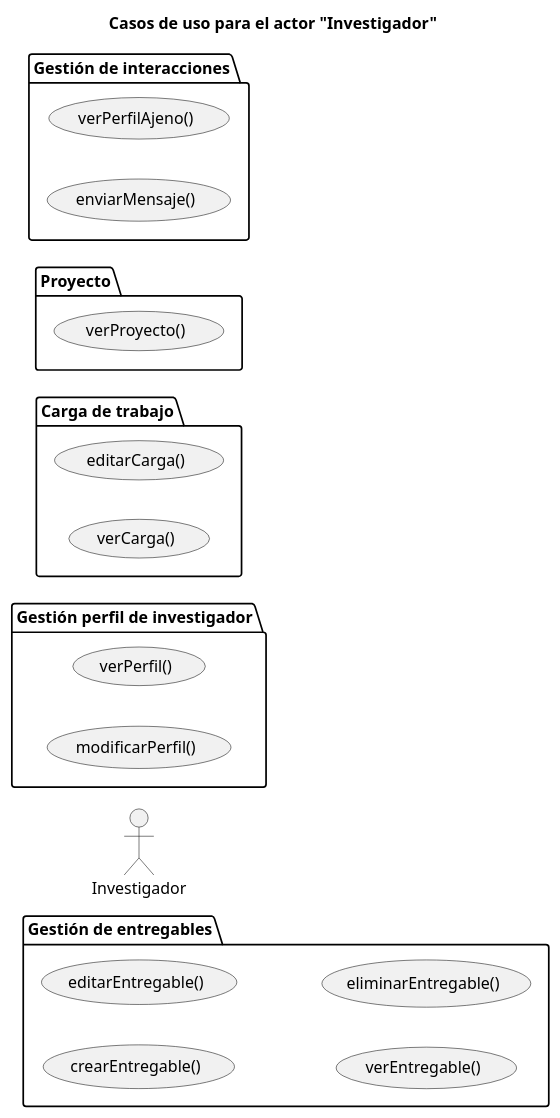
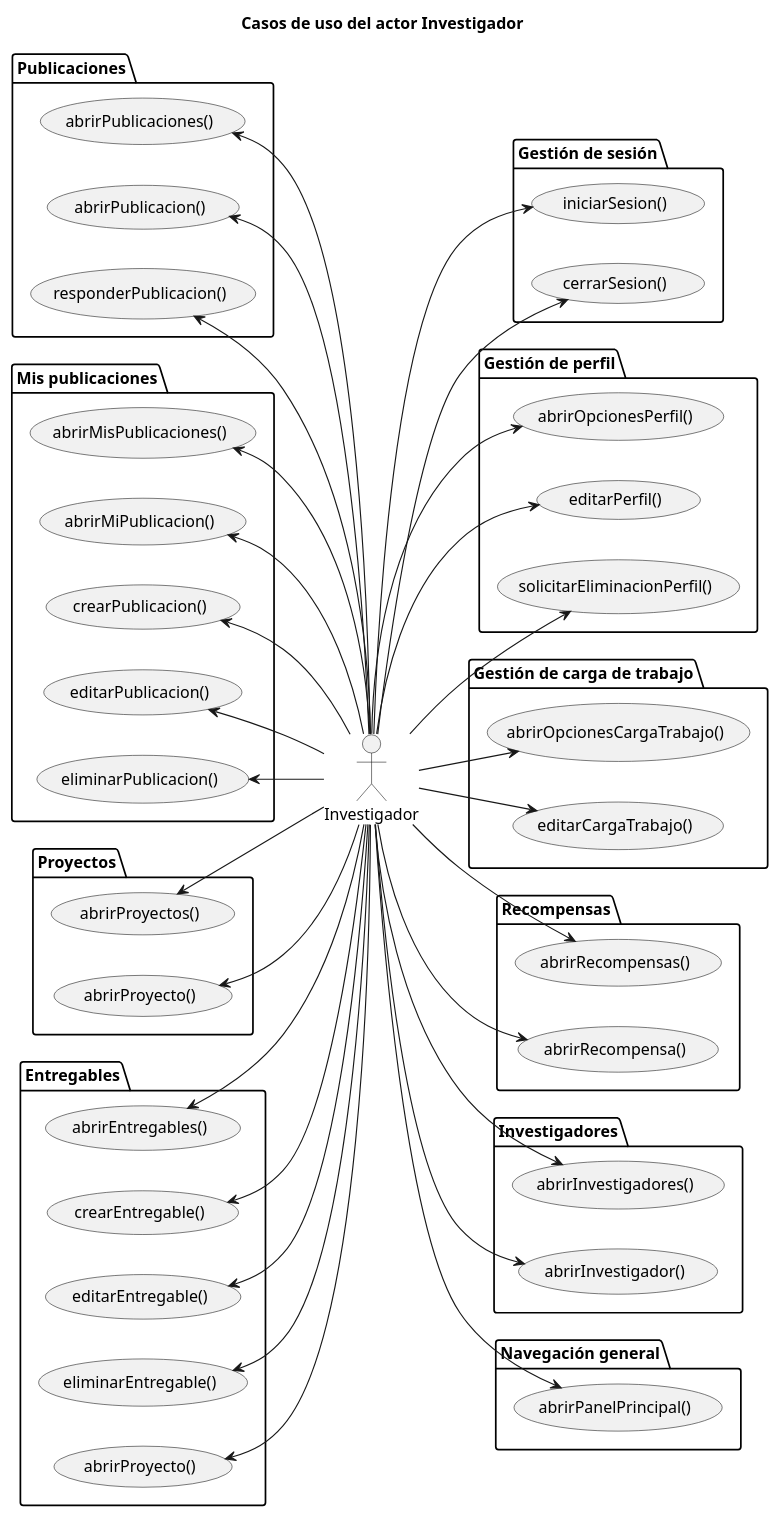
Before and after one commit to 31Diego/25-26-IdSw1-SdR: the diagram in documentación/CasosDeUso/Diagramas/CDUInvestigador.puml, drawn with PlantUML. The commit also changed 4 other files, not shown here.

Commit message:
correccion error diagrama contexto coordinador

```diff
--- a/documentación/CasosDeUso/Diagramas/CDUInvestigador.puml
+++ b/documentación/CasosDeUso/Diagramas/CDUInvestigador.puml
@@ -1,43 +1,104 @@
-@startuml
+@startuml CDUInvestigador
 
-title Casos de uso para el actor "Investigador"
-
+title Casos de uso del actor Investigador
 left to right direction
 
 actor "Investigador" as investigador
 
-package "Gestión perfil de investigador" {
-    usecase verPerfil as "verPerfil()"
-    usecase modificarPerfil as "modificarPerfil()"
+package "Gestión de sesión" {
+    usecase UC_IniciarSesion as "iniciarSesion()"
+    usecase UC_CerrarSesion as "cerrarSesion()"
 }
 
-package "Gestión de entregables" {
-    usecase crearEntregable as "crearEntregable()"
-    usecase editarEntregable as "editarEntregable()"
-    usecase verEntregable as "verEntregable()"
-    usecase eliminarEntregable as "eliminarEntregable()"
+package "Gestión de perfil" {
+    usecase UC_AbrirOpcionesPerfil as "abrirOpcionesPerfil()"
+    usecase UC_EditarPerfil as "editarPerfil()"
+    usecase UC_SolicitarEliminacionPerfil as "solicitarEliminacionPerfil()"
 }
 
-package "Carga de trabajo" {
-    usecase editarCarga as "editarCarga()"
-    usecase verCarga as "verCarga()"
+package "Gestión de carga de trabajo" {
+    usecase UC_AbrirOpcionesCargaTrabajo as "abrirOpcionesCargaTrabajo()"
+    usecase UC_EditarCargaTrabajo as "editarCargaTrabajo()"
 }
 
-package "Proyecto" {
-    usecase verProyecto as "verProyecto()"
+package "Publicaciones" {
+    usecase UC_AbrirPublicaciones as "abrirPublicaciones()"
+    usecase UC_AbrirPublicacion as "abrirPublicacion()"
+    usecase UC_ResponderPublicacion as "responderPublicacion()"
 }
 
-package "Gestión de interacciones" {
-    usecase verPerfilAjeno as "verPerfilAjeno()"
-    usecase enviarMensaje as "enviarMensaje()"
+package "Mis publicaciones" {
+    usecase UC_AbrirMisPublicaciones as "abrirMisPublicaciones()"
+    usecase UC_AbrirMiPublicacion as "abrirMiPublicacion()"
+    usecase UC_CrearPublicacion as "crearPublicacion()"
+    usecase UC_EditarPublicacion as "editarPublicacion()"
+    usecase UC_EliminarPublicacion as "eliminarPublicacion()"
 }
 
+package "Proyectos" {
+    usecase UC_AbrirProyectos as "abrirProyectos()"
+    usecase UC_AbrirProyecto as "abrirProyecto()"
+}
 
+package "Recompensas" {
+    usecase UC_AbrirRecompensas as "abrirRecompensas()"
+    usecase UC_AbrirRecompensa as "abrirRecompensa()"
+}
 
+package "Entregables" {
+    usecase UC_AbrirEntregables as "abrirEntregables()"
+    usecase UC_CrearEntregable as "crearEntregable()"
+    usecase UC_EditarEntregable as "editarEntregable()"
+    usecase UC_EliminarEntregable as "eliminarEntregable()"
+    usecase UC_AbrirProyectoDesdeEntregables as "abrirProyecto()"
+}
 
+package "Investigadores" {
+    usecase UC_AbrirInvestigadores as "abrirInvestigadores()"
+    usecase UC_AbrirInvestigador as "abrirInvestigador()"
+}
 
+package "Navegación general" {
+    usecase UC_AbrirPanelPrincipal as "abrirPanelPrincipal()"
+}
 
+' ================= ASOCIACIONES =================
 
+investigador --> UC_IniciarSesion
+investigador --> UC_CerrarSesion
 
+investigador --> UC_AbrirOpcionesPerfil
+investigador --> UC_EditarPerfil
+investigador --> UC_SolicitarEliminacionPerfil
+
+investigador --> UC_AbrirOpcionesCargaTrabajo
+investigador --> UC_EditarCargaTrabajo
+
+UC_AbrirPublicaciones <-- investigador
+UC_AbrirPublicacion <-- investigador
+UC_ResponderPublicacion <-- investigador
+
+UC_AbrirMisPublicaciones <-- investigador
+UC_AbrirMiPublicacion <-- investigador
+UC_CrearPublicacion <-- investigador
+UC_EditarPublicacion <-- investigador
+UC_EliminarPublicacion <-- investigador
+
+UC_AbrirProyectos <-- investigador
+UC_AbrirProyecto <-- investigador
+
+investigador --> UC_AbrirRecompensas
+investigador --> UC_AbrirRecompensa
+
+UC_AbrirEntregables <-- investigador
+UC_CrearEntregable <-- investigador
+UC_EditarEntregable <-- investigador
+UC_EliminarEntregable <-- investigador
+UC_AbrirProyectoDesdeEntregables <-- investigador
+
+investigador --> UC_AbrirInvestigadores
+investigador --> UC_AbrirInvestigador
+
+investigador --> UC_AbrirPanelPrincipal
 
 @enduml
```
